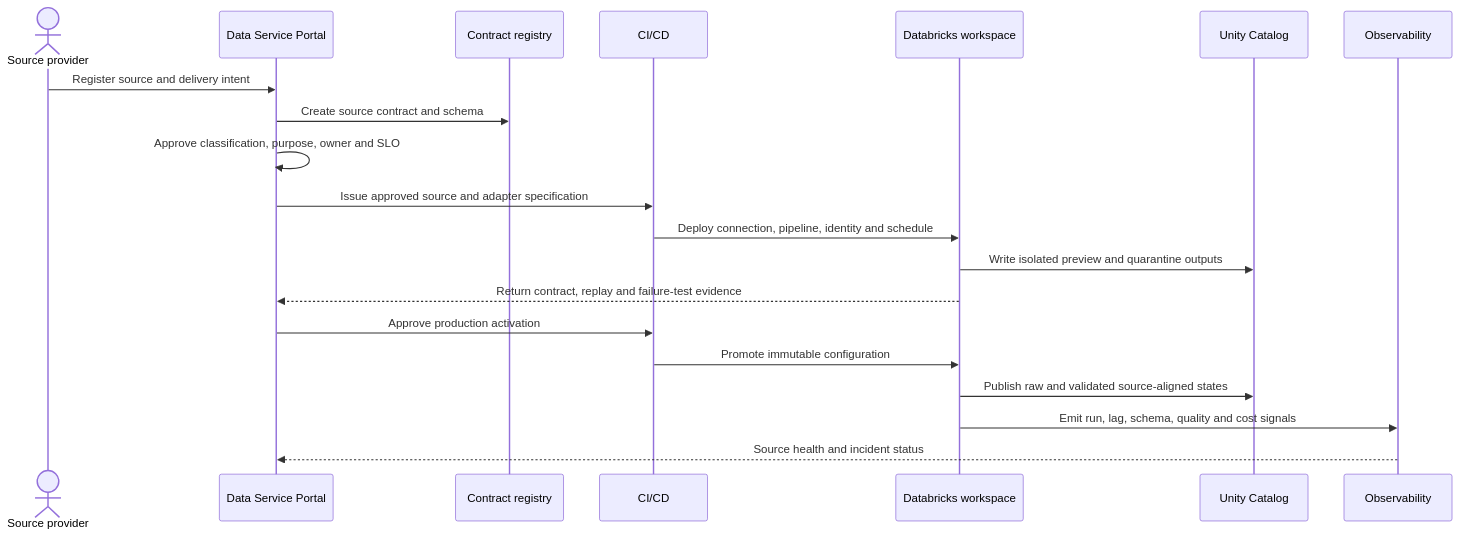
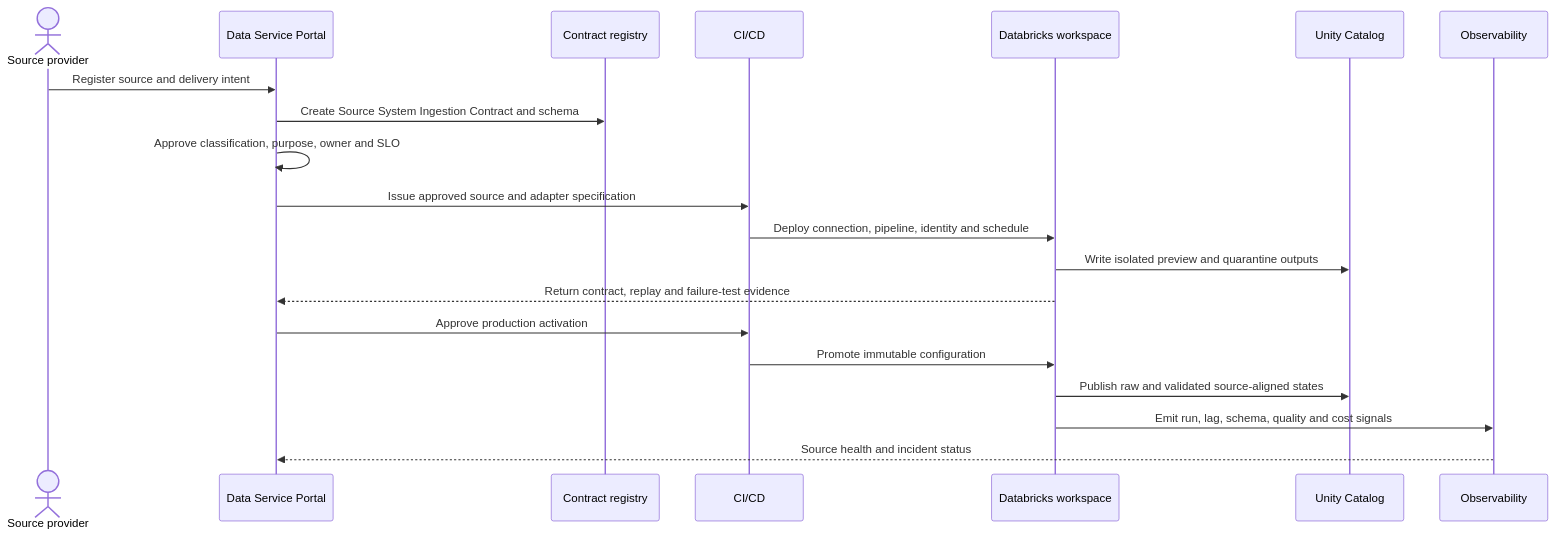
The second of 2 diagrams in docs/architecture/data-ingestion-design.md (cong78/data-foundation-architecture), drawn with Mermaid before and after one commit. The commit also changed other lines of this file and 47 other files, not shown here.

````diff
--- a/docs/architecture/data-ingestion-design.md
+++ b/docs/architecture/data-ingestion-design.md
@@ -73,23 +73,23 @@
 ```mermaid
 sequenceDiagram
     actor Provider as Source provider
     participant Portal as Data Service Portal
     participant Contract as Contract registry
     participant Deploy as CI/CD
     participant DBX as Databricks workspace
     participant UC as Unity Catalog
     participant Observe as Observability
 
     Provider->>Portal: Register source and delivery intent
-    Portal->>Contract: Create source contract and schema
+    Portal->>Contract: Create Source System Ingestion Contract and schema
     Portal->>Portal: Approve classification, purpose, owner and SLO
     Portal->>Deploy: Issue approved source and adapter specification
     Deploy->>DBX: Deploy connection, pipeline, identity and schedule
     DBX->>UC: Write isolated preview and quarantine outputs
     DBX-->>Portal: Return contract, replay and failure-test evidence
     Portal->>Deploy: Approve production activation
     Deploy->>DBX: Promote immutable configuration
     DBX->>UC: Publish raw and validated source-aligned states
     DBX->>Observe: Emit run, lag, schema, quality and cost signals
     Observe-->>Portal: Source health and incident status
 ```
````
